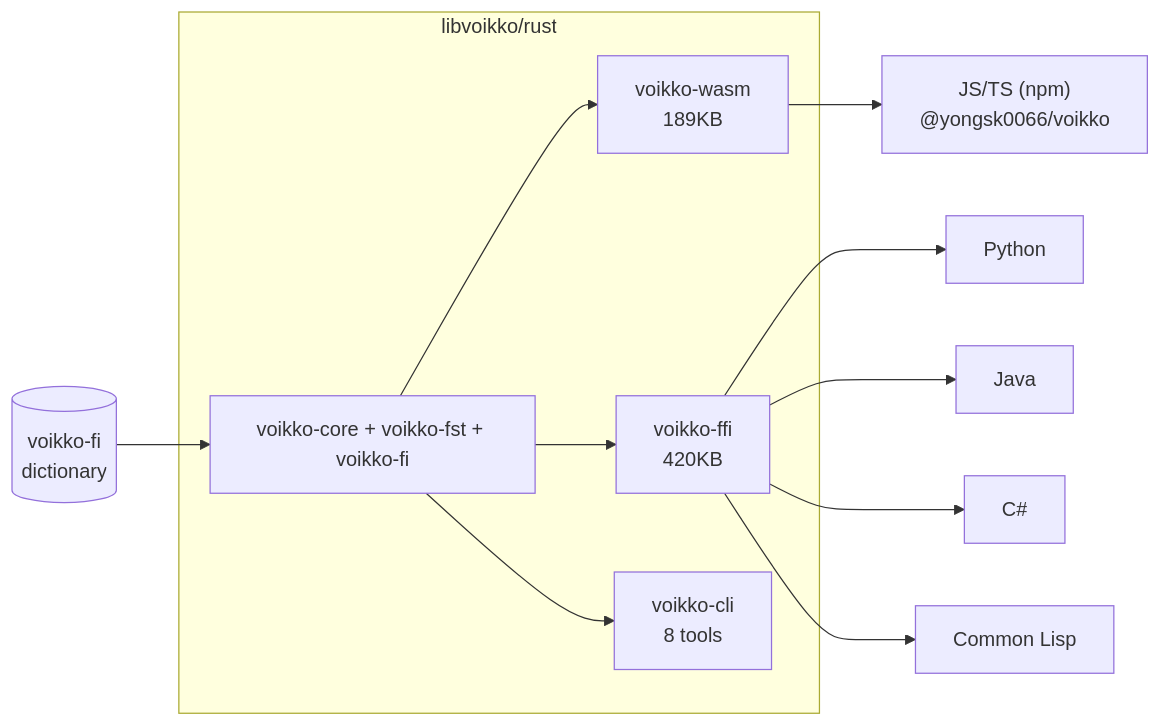
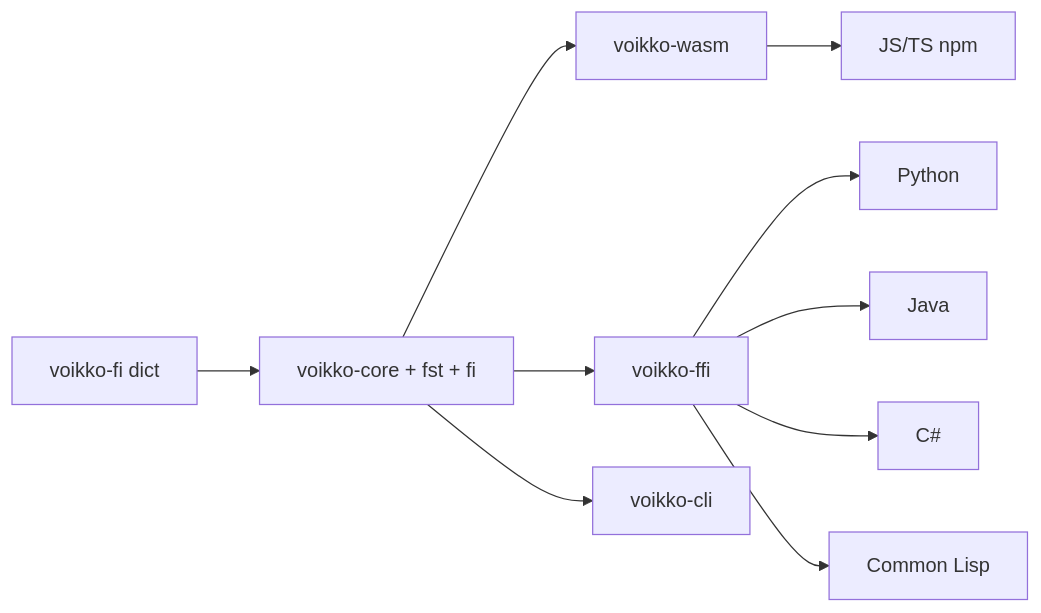
The diagram in README.md (yongsk0066/corevoikko), drawn with Mermaid before and after one commit. The commit also changed other lines of this file and 10 other files, not shown here.

````diff
--- a/README.md
+++ b/README.md
@@ -84,17 +84,12 @@
 ```mermaid
-graph LR
-    dict[(voikko-fi<br/>dictionary)] --> core
-
-    subgraph libvoikko/rust
-        core[voikko-core + voikko-fst + voikko-fi]
-        core --> wasm[voikko-wasm<br/>189KB]
-        core --> ffi[voikko-ffi<br/>420KB]
-        core --> cli[voikko-cli<br/>8 tools]
-    end
-
-    wasm --> js["JS/TS (npm)<br/>@yongsk0066/voikko"]
+flowchart LR
+    dict[voikko-fi dict] --> core[voikko-core + fst + fi]
+    core --> wasm[voikko-wasm]
+    core --> ffi[voikko-ffi]
+    core --> cli[voikko-cli]
+    wasm --> js[JS/TS npm]
     ffi --> py[Python]
     ffi --> java[Java]
-    ffi --> cs["C#"]
+    ffi --> cs[C#]
     ffi --> cl[Common Lisp]
 ```
````
